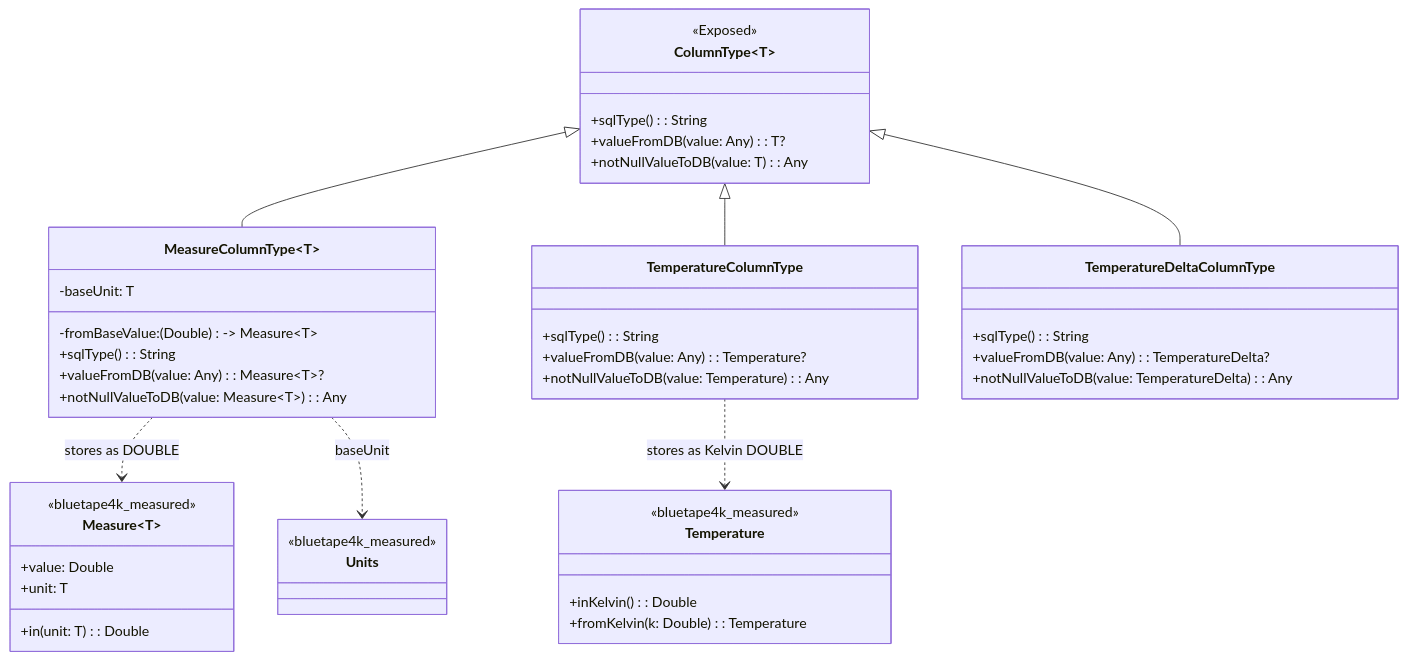
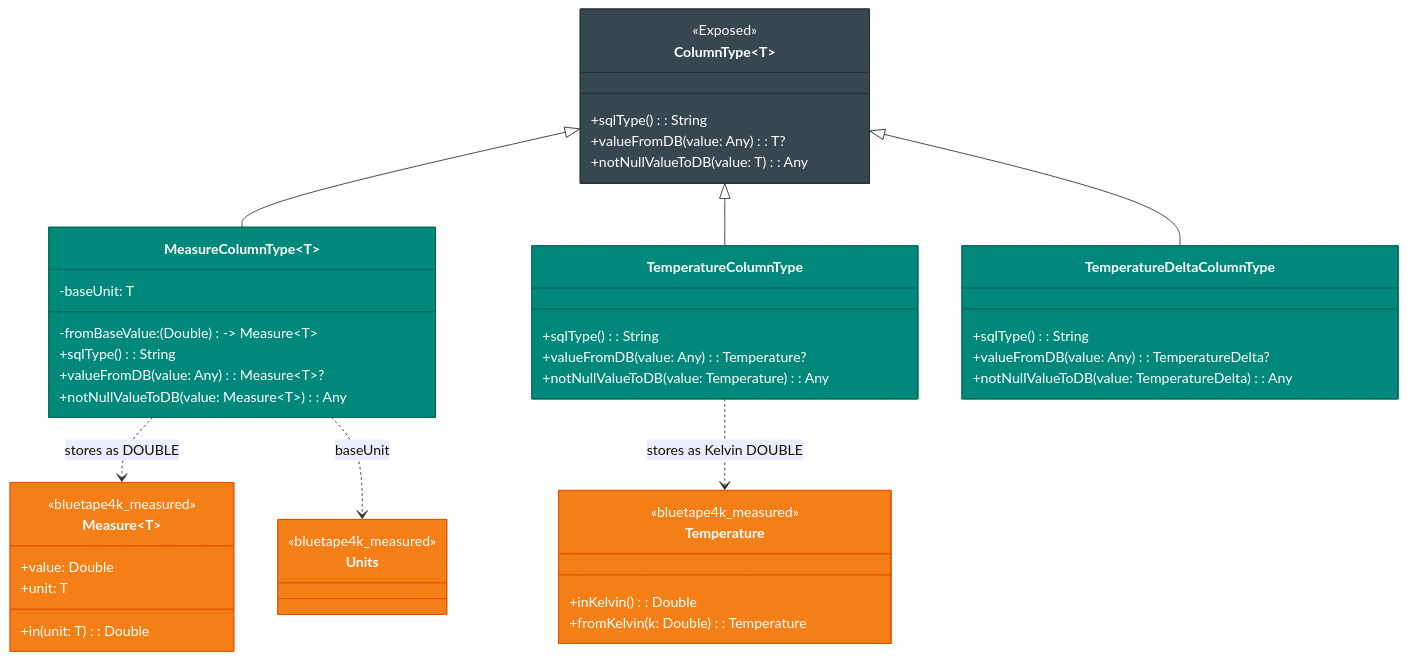
Before and after one commit to bluetape4k/bluetape4k-projects: the first of 3 diagrams in data/exposed-measured/README.ko.md, drawn with Mermaid. The commit also changed other lines of this file and 221 other files, not shown here.

First line of the commit message:
docs: 전체 모듈 README UML 다이어그램 보강 및 색상 업그레이드

````diff
--- a/data/exposed-measured/README.ko.md
+++ b/data/exposed-measured/README.ko.md
@@ -29,49 +29,57 @@
 ```mermaid
 classDiagram
     class ColumnType~T~ {
         <<Exposed>>
         +sqlType(): String
         +valueFromDB(value: Any): T?
         +notNullValueToDB(value: T): Any
     }
 
     class MeasureColumnType~T~ {
         -baseUnit: T
         -fromBaseValue: (Double) -> Measure~T~
         +sqlType(): String
         +valueFromDB(value: Any): Measure~T~?
         +notNullValueToDB(value: Measure~T~): Any
     }
     class TemperatureColumnType {
         +sqlType(): String
         +valueFromDB(value: Any): Temperature?
         +notNullValueToDB(value: Temperature): Any
     }
     class TemperatureDeltaColumnType {
         +sqlType(): String
         +valueFromDB(value: Any): TemperatureDelta?
         +notNullValueToDB(value: TemperatureDelta): Any
     }
 
     class Measure~T~ {
         <<bluetape4k_measured>>
         +value: Double
         +unit: T
         +in(unit: T): Double
     }
     class Units {
         <<bluetape4k_measured>>
     }
     class Temperature {
         <<bluetape4k_measured>>
         +inKelvin(): Double
         +fromKelvin(k: Double): Temperature
     }
 
     ColumnType <|-- MeasureColumnType
     ColumnType <|-- TemperatureColumnType
     ColumnType <|-- TemperatureDeltaColumnType
     MeasureColumnType ..> Measure : stores as DOUBLE
     MeasureColumnType ..> Units : baseUnit
     TemperatureColumnType ..> Temperature : stores as Kelvin DOUBLE
+
+    style ColumnType fill:#37474F,stroke:#263238,color:#FFFFFF
+    style MeasureColumnType fill:#00897B,stroke:#00695C,color:#FFFFFF
+    style TemperatureColumnType fill:#00897B,stroke:#00695C,color:#FFFFFF
+    style TemperatureDeltaColumnType fill:#00897B,stroke:#00695C,color:#FFFFFF
+    style Measure fill:#F57F17,stroke:#E65100,color:#FFFFFF
+    style Units fill:#F57F17,stroke:#E65100,color:#FFFFFF
+    style Temperature fill:#F57F17,stroke:#E65100,color:#FFFFFF
 ```
````
